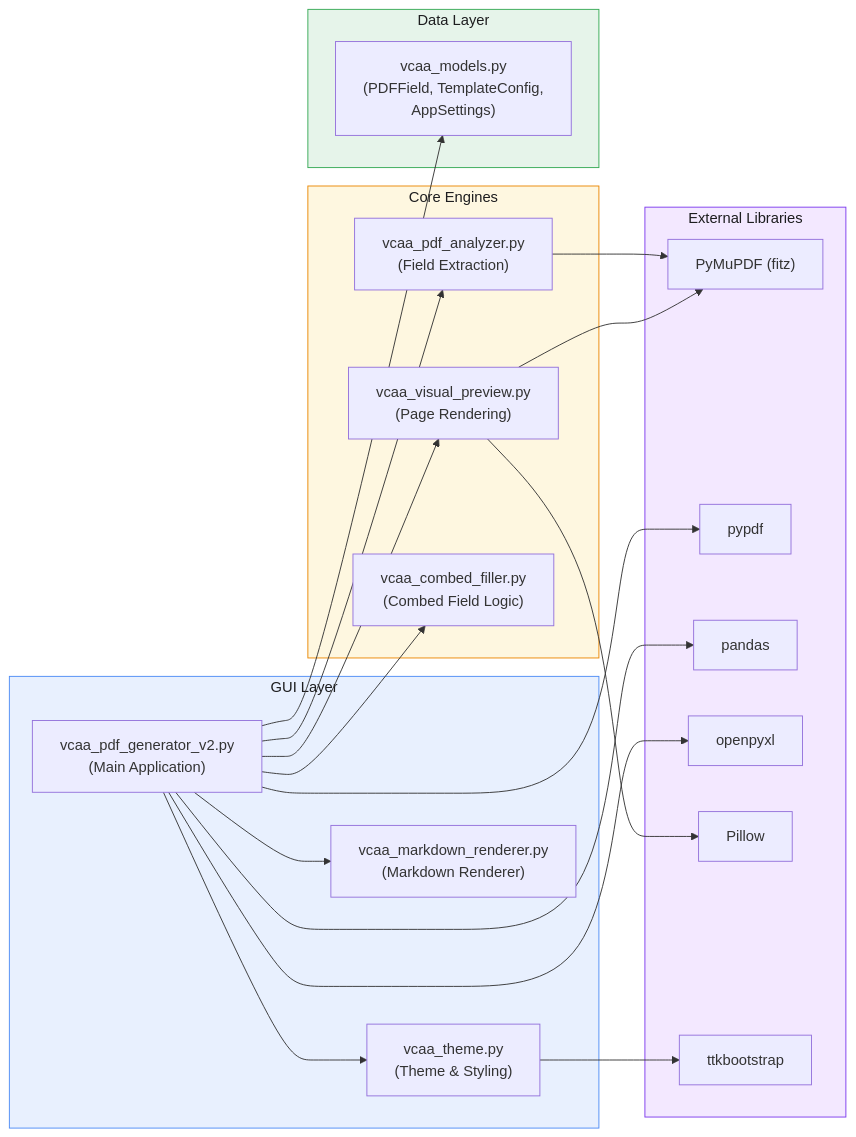
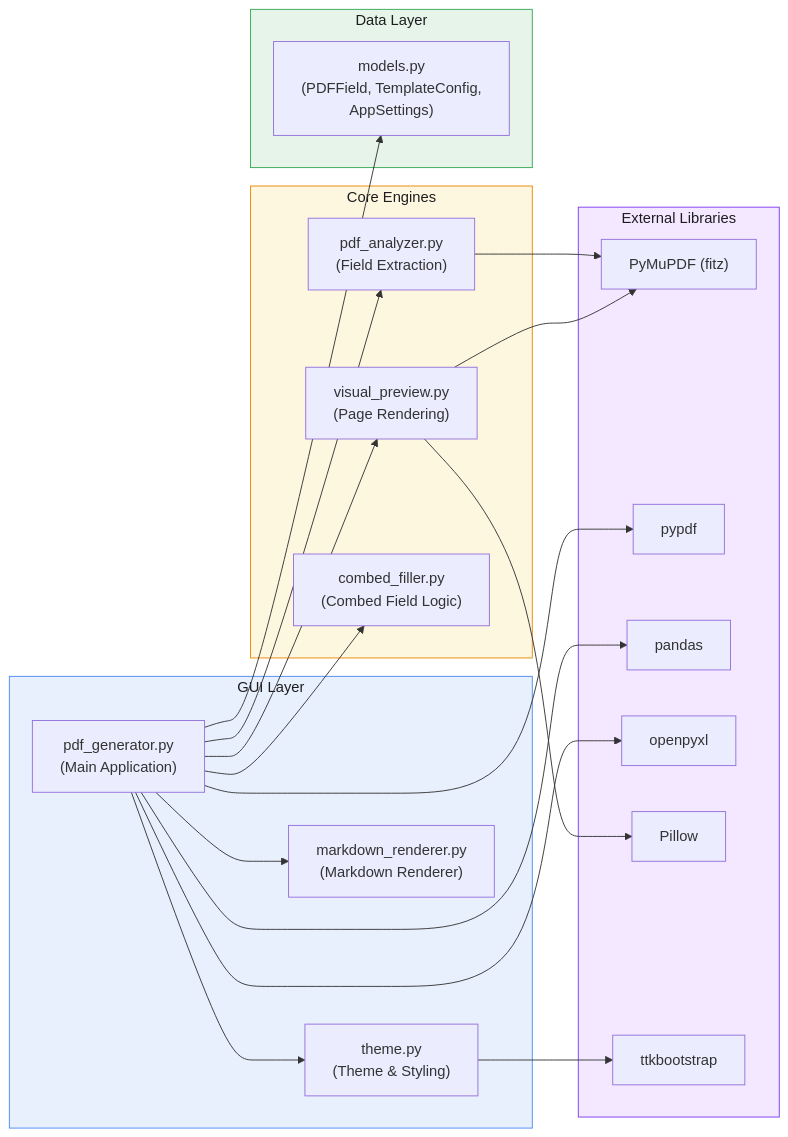
One commit to mrdavearms/bulk-pdf-extractor-and-generator changed the second of 2 diagrams in README.md. Above: the diagram before and after it, drawn with Mermaid. The commit also changed other lines of this file and 13 other files, not shown here.

````diff
--- a/README.md
+++ b/README.md
@@ -526,46 +526,46 @@
 ```mermaid
 graph LR
     subgraph ui ["GUI Layer"]
-        Main["vcaa_pdf_generator_v2.py\n(Main Application)"]
-        Theme["vcaa_theme.py\n(Theme & Styling)"]
-        MD["vcaa_markdown_renderer.py\n(Markdown Renderer)"]
+        Main["pdf_generator.py\n(Main Application)"]
+        Theme["theme.py\n(Theme & Styling)"]
+        MD["markdown_renderer.py\n(Markdown Renderer)"]
     end
 
     subgraph core ["Core Engines"]
-        Analyzer["vcaa_pdf_analyzer.py\n(Field Extraction)"]
-        Preview["vcaa_visual_preview.py\n(Page Rendering)"]
-        Filler["vcaa_combed_filler.py\n(Combed Field Logic)"]
+        Analyzer["pdf_analyzer.py\n(Field Extraction)"]
+        Preview["visual_preview.py\n(Page Rendering)"]
+        Filler["combed_filler.py\n(Combed Field Logic)"]
     end
 
     subgraph data ["Data Layer"]
-        Models["vcaa_models.py\n(PDFField, TemplateConfig,\nAppSettings)"]
+        Models["models.py\n(PDFField, TemplateConfig,\nAppSettings)"]
     end
 
     subgraph ext ["External Libraries"]
         PyMuPDF["PyMuPDF (fitz)"]
         pypdf["pypdf"]
         pandas["pandas"]
         openpyxl["openpyxl"]
         Pillow["Pillow"]
         ttkbootstrap["ttkbootstrap"]
     end
 
     Main --> Theme
     Main --> MD
     Main --> Analyzer
     Main --> Preview
     Main --> Filler
     Main --> Models
     Analyzer --> PyMuPDF
     Preview --> PyMuPDF
     Preview --> Pillow
     Main --> pypdf
     Main --> pandas
     Main --> openpyxl
     Theme --> ttkbootstrap
 
     style ui fill:#e8f0fe,stroke:#4c8bf5,color:#1d1d1f
     style core fill:#fef7e0,stroke:#ea8600,color:#1d1d1f
     style data fill:#e6f4ea,stroke:#34a853,color:#1d1d1f
     style ext fill:#f3e8ff,stroke:#7c3aed,color:#1d1d1f
 ```
````
